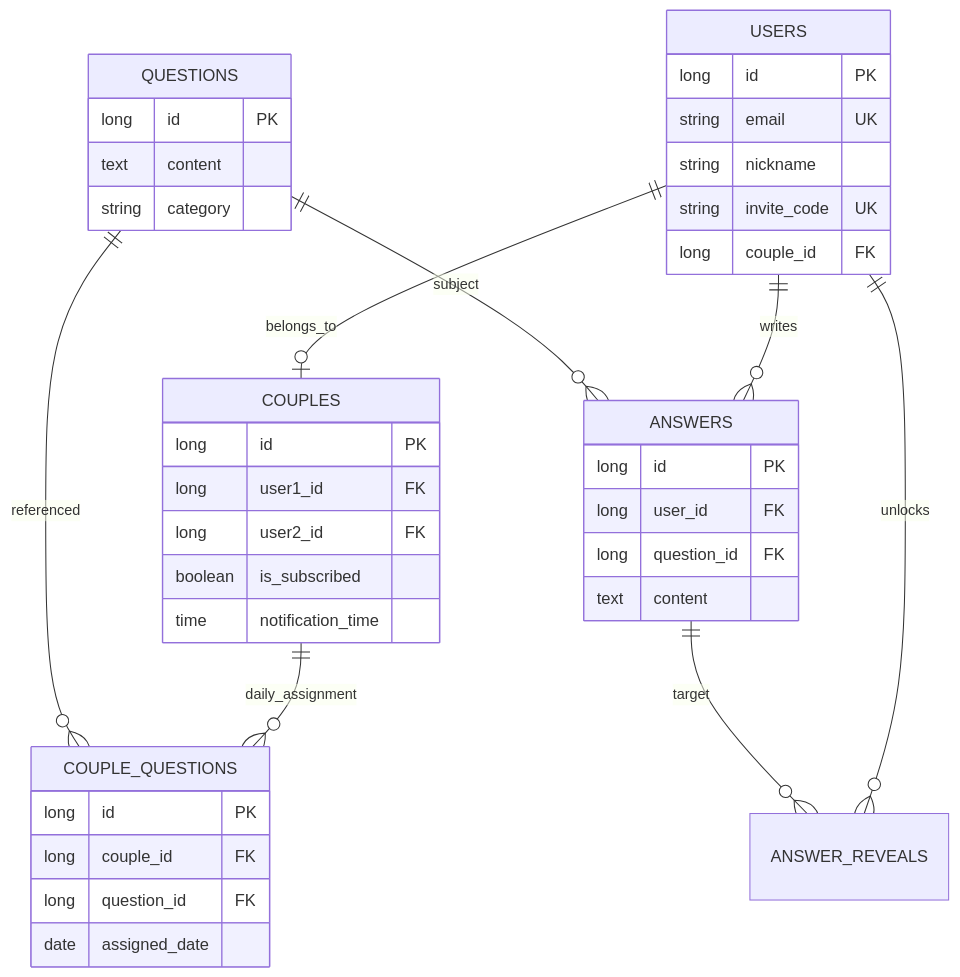
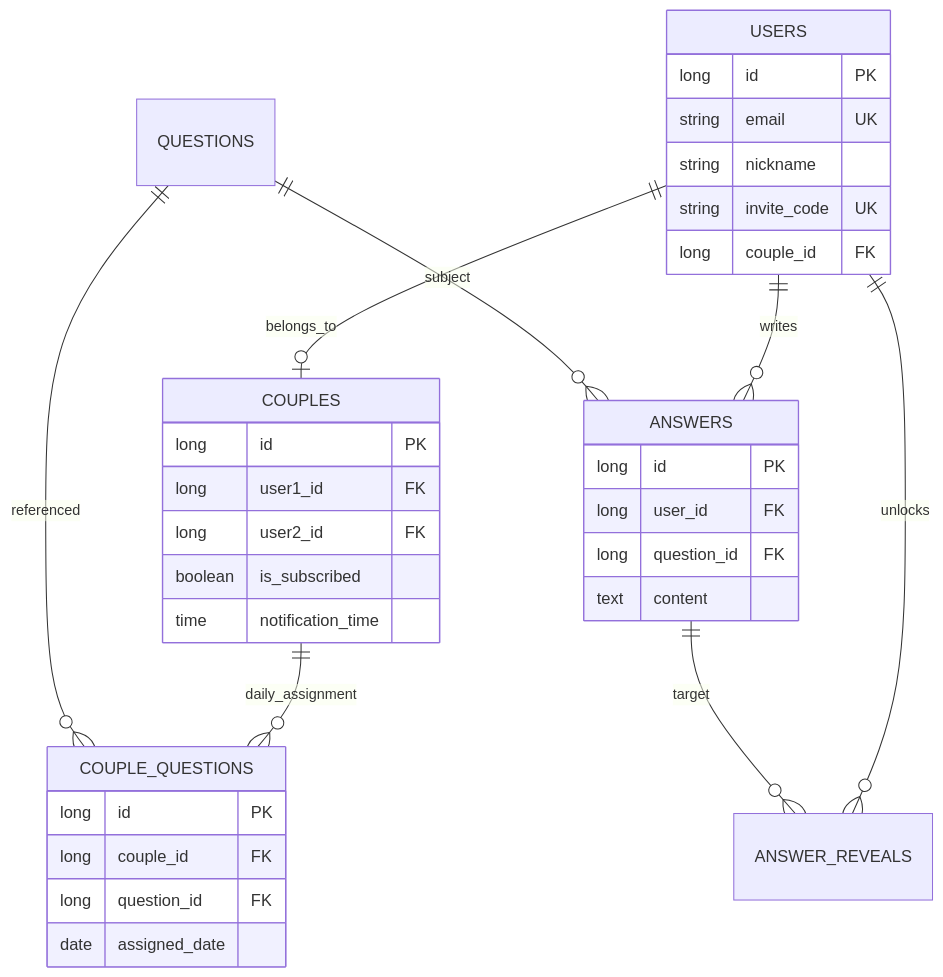
Before and after one commit to un-lock/unlock-backend: the diagram in README.md, drawn with Mermaid. The commit also changed other lines of this file, not shown here.

````diff
--- a/README.md
+++ b/README.md
@@ -52,42 +60,37 @@
 ```mermaid
 erDiagram
     USERS ||--o| COUPLES : "belongs_to"
     COUPLES ||--o{ COUPLE_QUESTIONS : "daily_assignment"
     QUESTIONS ||--o{ COUPLE_QUESTIONS : "referenced"
     USERS ||--o{ ANSWERS : "writes"
     QUESTIONS ||--o{ ANSWERS : "subject"
     USERS ||--o{ ANSWER_REVEALS : "unlocks"
     ANSWERS ||--o{ ANSWER_REVEALS : "target"
 
     USERS {
         long id PK
         string email UK
         string nickname
         string invite_code UK
         long couple_id FK
     }
     COUPLES {
         long id PK
         long user1_id FK
         long user2_id FK
         boolean is_subscribed
         time notification_time
     }
-    QUESTIONS {
-        long id PK
-        text content
-        string category
-    }
     COUPLE_QUESTIONS {
         long id PK
         long couple_id FK
         long question_id FK
         date assigned_date
     }
     ANSWERS {
         long id PK
         long user_id FK
         long question_id FK
         text content
     }
 ```
````
